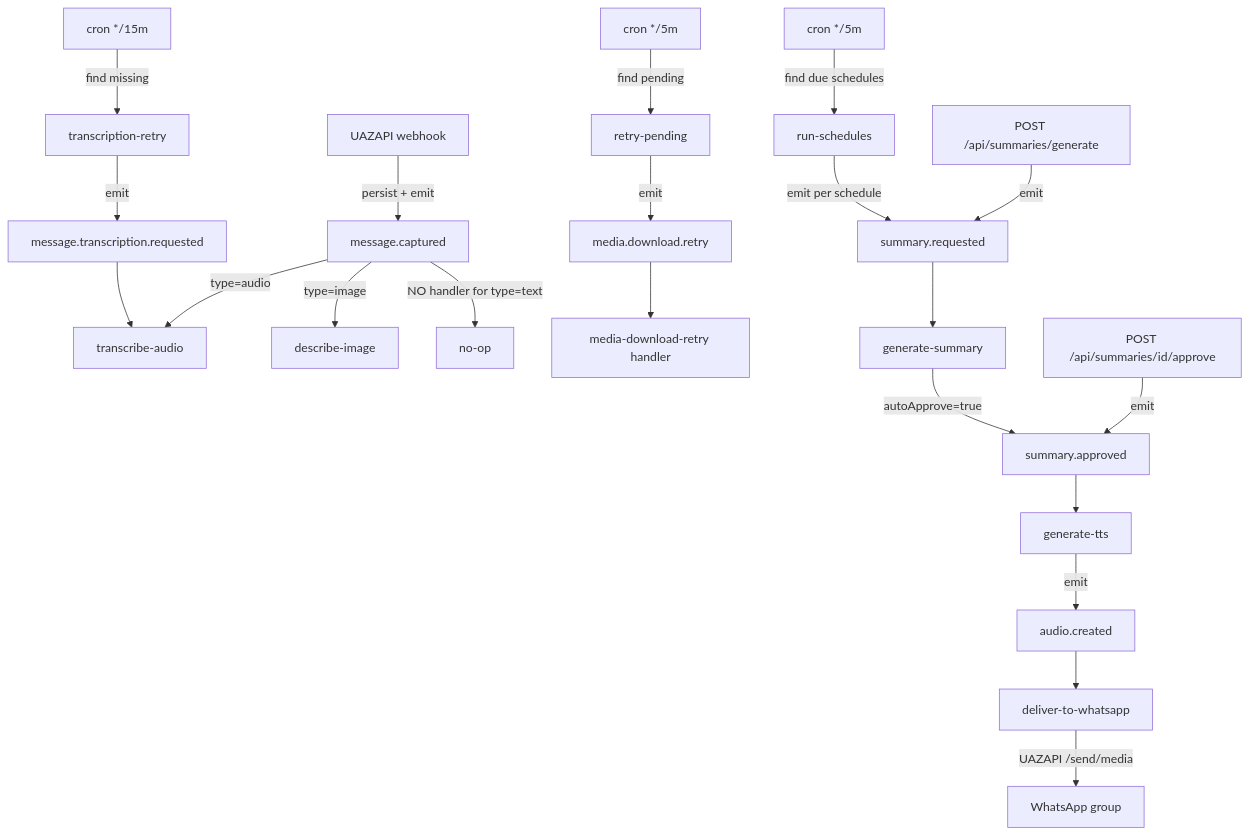
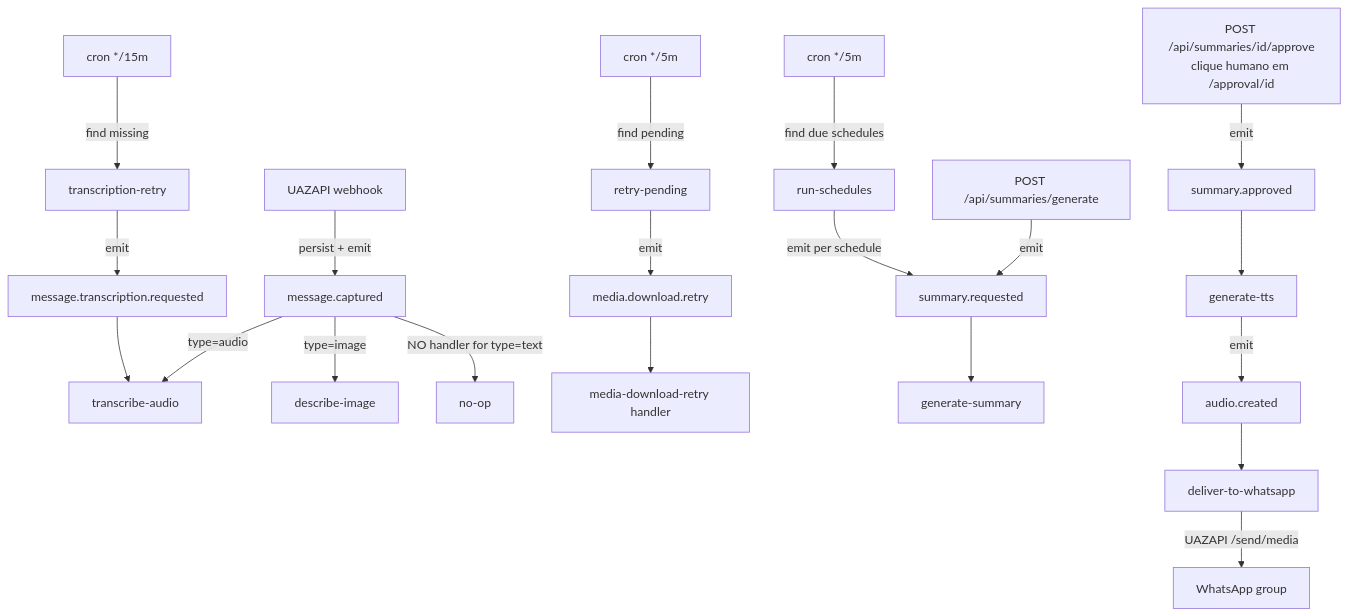
The diagram in docs/internals/inngest-events.md (georgeazevedo2023/podzap), drawn with Mermaid before and after one commit. The commit also changed other lines of this file and 16 other files, not shown here.

First line of the commit message:
feat(schedules): remove suporte a approval_mode='auto'

````diff
--- a/docs/internals/inngest-events.md
+++ b/docs/internals/inngest-events.md
@@ -27,27 +27,26 @@
 ```mermaid
 flowchart TD
     WH[UAZAPI webhook] -->|persist + emit| MC[message.captured]
     MC -->|type=audio| TA[transcribe-audio]
     MC -->|type=image| DI[describe-image]
     MC -->|NO handler for type=text| X1[no-op]
 
     CRON1[cron */5m] -->|find pending| RP[retry-pending]
     RP -->|emit| MDR[media.download.retry]
     MDR --> MDRH[media-download-retry handler]
 
     CRON2[cron */15m] -->|find missing| TR[transcription-retry]
     TR -->|emit| MTR[message.transcription.requested]
     MTR --> TA
 
     UI[POST /api/summaries/generate] -->|emit| SR[summary.requested]
     CRON3[cron */5m] -->|find due schedules| RS[run-schedules]
     RS -->|emit per schedule| SR
     SR --> GS[generate-summary]
 
-    APPR[POST /api/summaries/id/approve] -->|emit| SA[summary.approved]
-    GS -->|autoApprove=true| SA
+    APPR[POST /api/summaries/id/approve<br>clique humano em /approval/id] -->|emit| SA[summary.approved]
     SA --> GT[generate-tts]
     GT -->|emit| AC[audio.created]
     AC --> DTW[deliver-to-whatsapp]
     DTW -->|UAZAPI /send/media| OUT[WhatsApp group]
 ```
````
